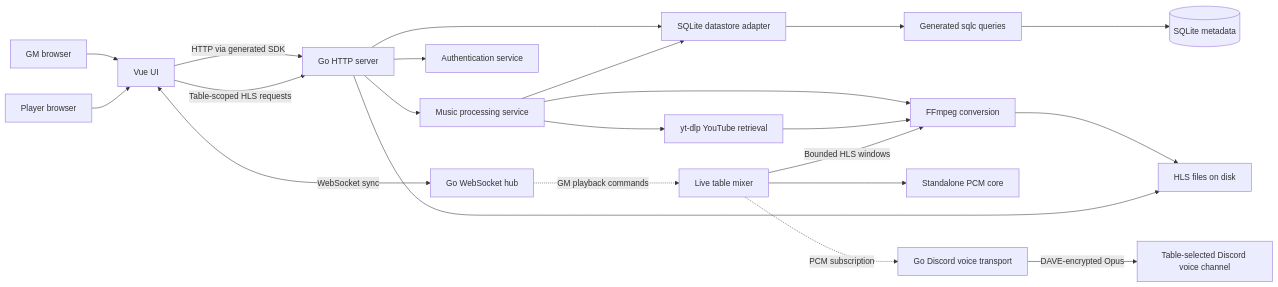
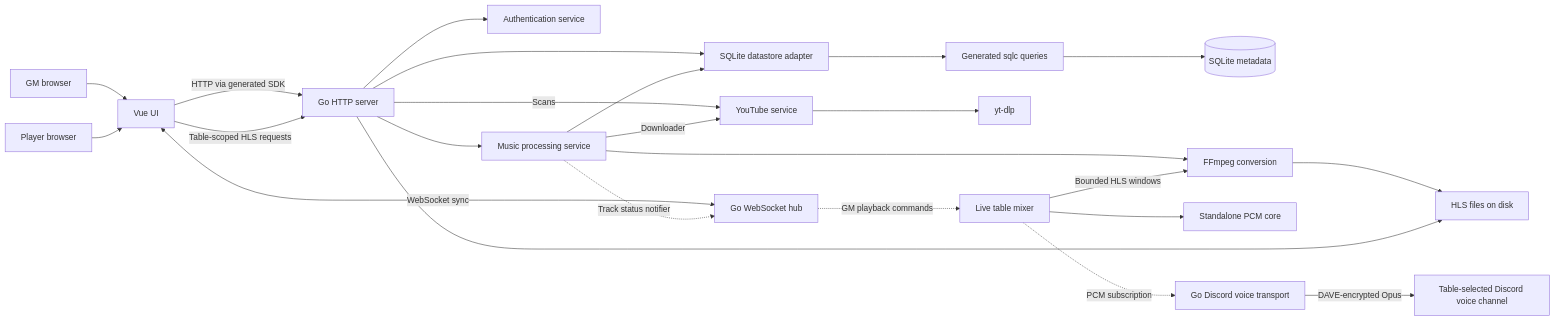
One commit to terrabitz/rpg-audio-streamer changed the diagram in docs/architecture.md. Above: the diagram before and after it, drawn with Mermaid. The commit also changed other lines of this file and 27 other files, not shown here.

Commit message:
refactor: Split YouTube service and push track status over WebSocket

````diff
--- a/docs/architecture.md
+++ b/docs/architecture.md
@@ -11,24 +11,26 @@
 ```mermaid
 flowchart LR
   GM[GM browser] --> UI[Vue UI]
   Player[Player browser] --> UI
   UI -->|HTTP via generated SDK| API[Go HTTP server]
   UI <-->|WebSocket sync| Hub[Go WebSocket hub]
   UI -->|Table-scoped HLS requests| API
   API --> Auth[Authentication service]
   API --> Store[SQLite datastore adapter]
   Store --> Queries[Generated sqlc queries]
   Queries --> DB[(SQLite metadata)]
   API --> Processing[Music processing service]
+  API -->|Scans| YouTube[YouTube service]
   Processing --> Store
   Processing --> FFmpeg[FFmpeg conversion]
-  Processing --> YTDLP[yt-dlp YouTube retrieval]
-  YTDLP --> FFmpeg
+  Processing -->|Downloader| YouTube
+  Processing -.->|Track status notifier| Hub
+  YouTube --> YTDLP[yt-dlp]
   FFmpeg --> Uploads[HLS files on disk]
   API --> Uploads
   Hub -.->|GM playback commands| Mix[Live table mixer]
   Mix --> PCM[Standalone PCM core]
   Mix -->|Bounded HLS windows| FFmpeg
   Mix -.->|PCM subscription| Voice[Go Discord voice transport]
   Voice -->|DAVE-encrypted Opus| Discord[Table-selected Discord voice channel]
 ```
````
